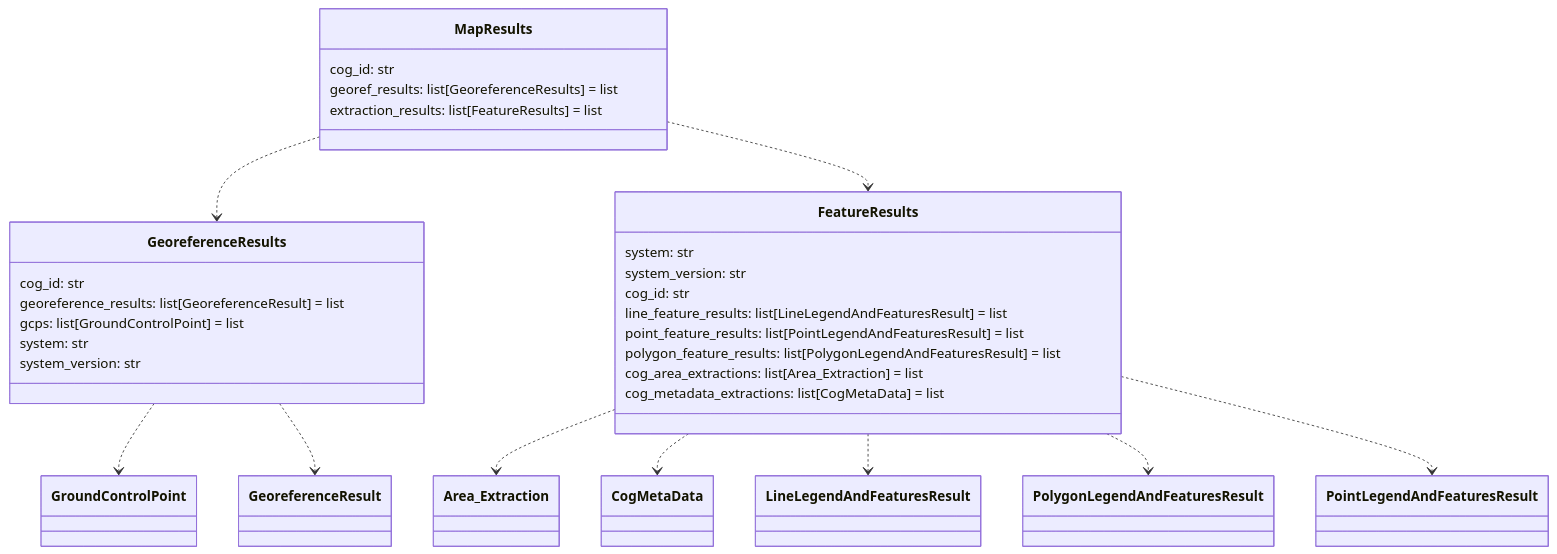
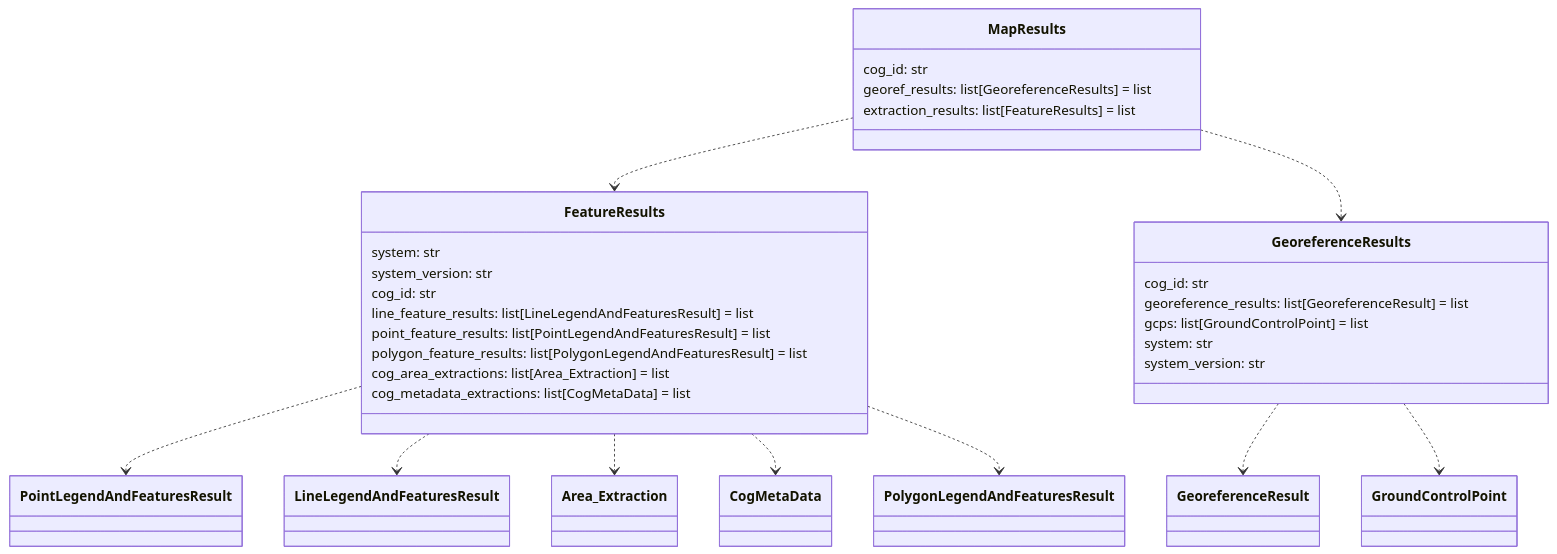
Diagram 11 of 14 in README.md (DARPA-CRITICALMAAS/cdr_schemas), drawn with Mermaid before and after one commit. The commit also changed other lines of this file and 2 other files, not shown here.

````diff
--- a/README.md
+++ b/README.md
@@ -937,40 +937,40 @@
 ```mermaid
 classDiagram
-
-    class MapResults {
-        cog_id: str
-        georef_results: list[GeoreferenceResults] = list
-        extraction_results: list[FeatureResults] = list
-    }
-
-    class GeoreferenceResults {
-        cog_id: str
-        georeference_results: list[GeoreferenceResult] = list
-        gcps: list[GroundControlPoint] = list
-        system: str
-        system_version: str
-    }
 
     class FeatureResults {
         system: str
         system_version: str
         cog_id: str
         line_feature_results: list[LineLegendAndFeaturesResult] = list
         point_feature_results: list[PointLegendAndFeaturesResult] = list
         polygon_feature_results: list[PolygonLegendAndFeaturesResult] = list
         cog_area_extractions: list[Area_Extraction] = list
         cog_metadata_extractions: list[CogMetaData] = list
     }
 
+    class GeoreferenceResults {
+        cog_id: str
+        georeference_results: list[GeoreferenceResult] = list
+        gcps: list[GroundControlPoint] = list
+        system: str
+        system_version: str
+    }
+
+    class MapResults {
+        cog_id: str
+        georef_results: list[GeoreferenceResults] = list
+        extraction_results: list[FeatureResults] = list
+    }
+
+    FeatureResults ..> PointLegendAndFeaturesResult
+    FeatureResults ..> LineLegendAndFeaturesResult
     FeatureResults ..> Area_Extraction
     FeatureResults ..> CogMetaData
-    FeatureResults ..> LineLegendAndFeaturesResult
     FeatureResults ..> PolygonLegendAndFeaturesResult
-    FeatureResults ..> PointLegendAndFeaturesResult
+    GeoreferenceResults ..> GeoreferenceResult
     GeoreferenceResults ..> GroundControlPoint
-    GeoreferenceResults ..> GeoreferenceResult
+    MapResults ..> FeatureResults
     MapResults ..> GeoreferenceResults
-    MapResults ..> FeatureResults
 
 
 ```
````
